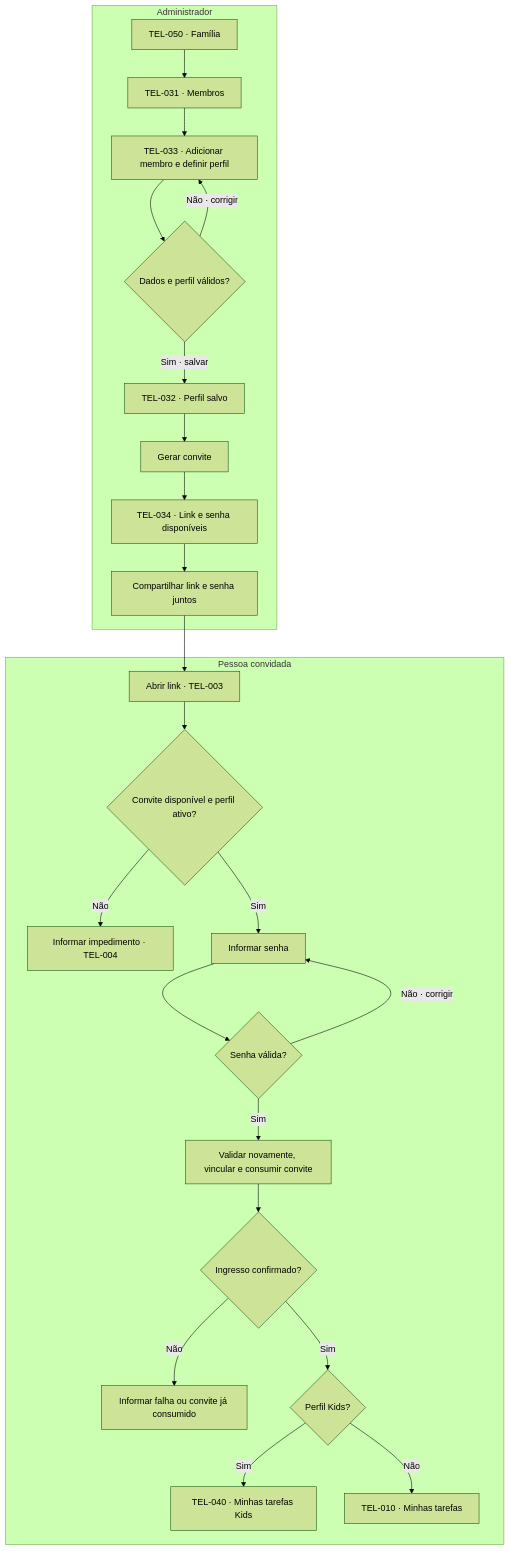
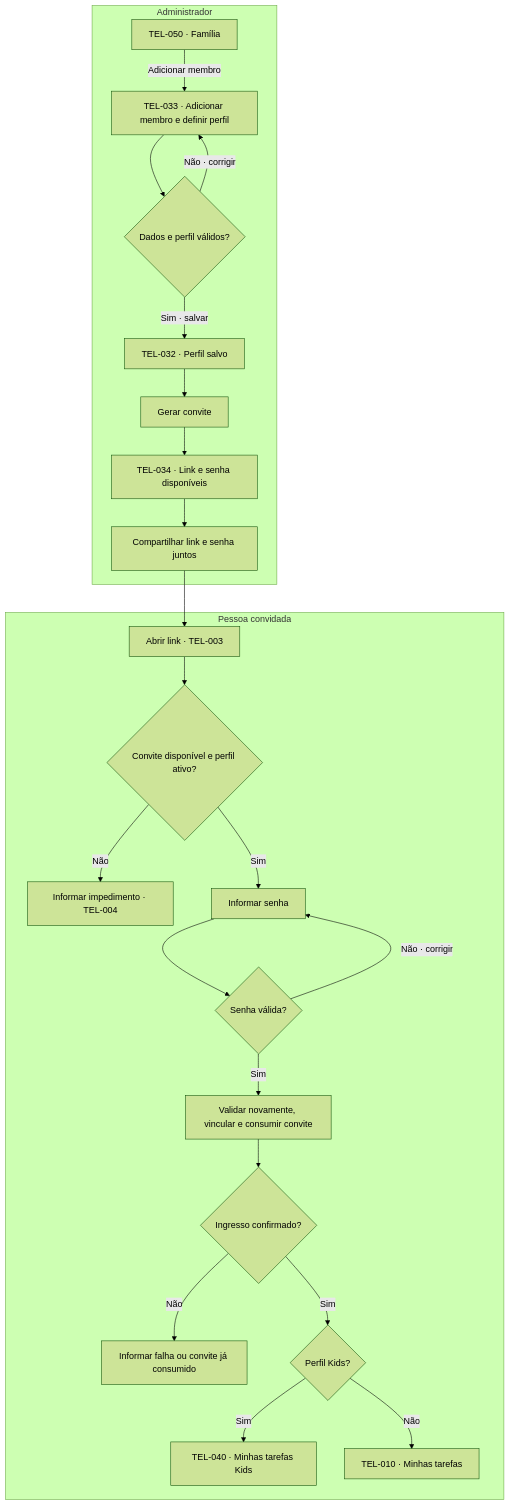
One commit to lizandramalta/App-Rotina-Familiar changed the second of 15 diagrams in docs/design/user-flows.md. Above: the diagram before and after it, drawn with Mermaid (forest theme). The commit also changed other lines of this file and 20 other files, not shown here.

````diff
--- a/docs/design/user-flows.md
+++ b/docs/design/user-flows.md
@@ -92,27 +92,26 @@
 ```mermaid
 flowchart TD
     subgraph Admin["Administrador"]
-      A["TEL-050 · Família"] --> B["TEL-031 · Membros"]
-      B --> C["TEL-033 · Adicionar membro e definir perfil"]
+      A["TEL-050 · Família"] -->|Adicionar membro| C["TEL-033 · Adicionar membro e definir perfil"]
       C --> D{"Dados e perfil válidos?"}
       D -->|Não · corrigir| C
       D -->|Sim · salvar| E["TEL-032 · Perfil salvo"]
       E --> F["Gerar convite"]
       F --> G["TEL-034 · Link e senha disponíveis"]
       G --> H["Compartilhar link e senha juntos"]
     end
     subgraph Convidado["Pessoa convidada"]
       H --> I["Abrir link · TEL-003"]
       I --> J{"Convite disponível e perfil ativo?"}
       J -->|Não| K["Informar impedimento · TEL-004"]
       J -->|Sim| L["Informar senha"]
       L --> M{"Senha válida?"}
       M -->|Não · corrigir| L
       M -->|Sim| N["Validar novamente, vincular e consumir convite"]
       N --> O{"Ingresso confirmado?"}
       O -->|Não| P["Informar falha ou convite já consumido"]
       O -->|Sim| Q{"Perfil Kids?"}
       Q -->|Sim| R["TEL-040 · Minhas tarefas Kids"]
       Q -->|Não| S["TEL-010 · Minhas tarefas"]
     end
 ```
````
